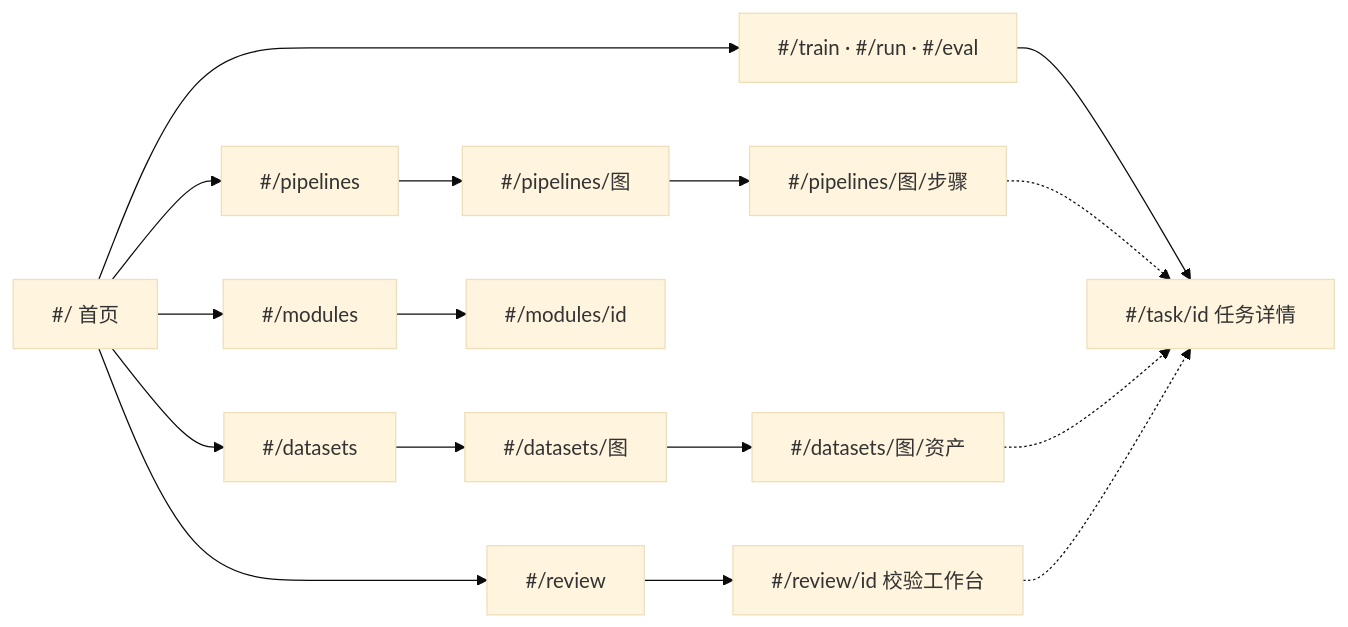
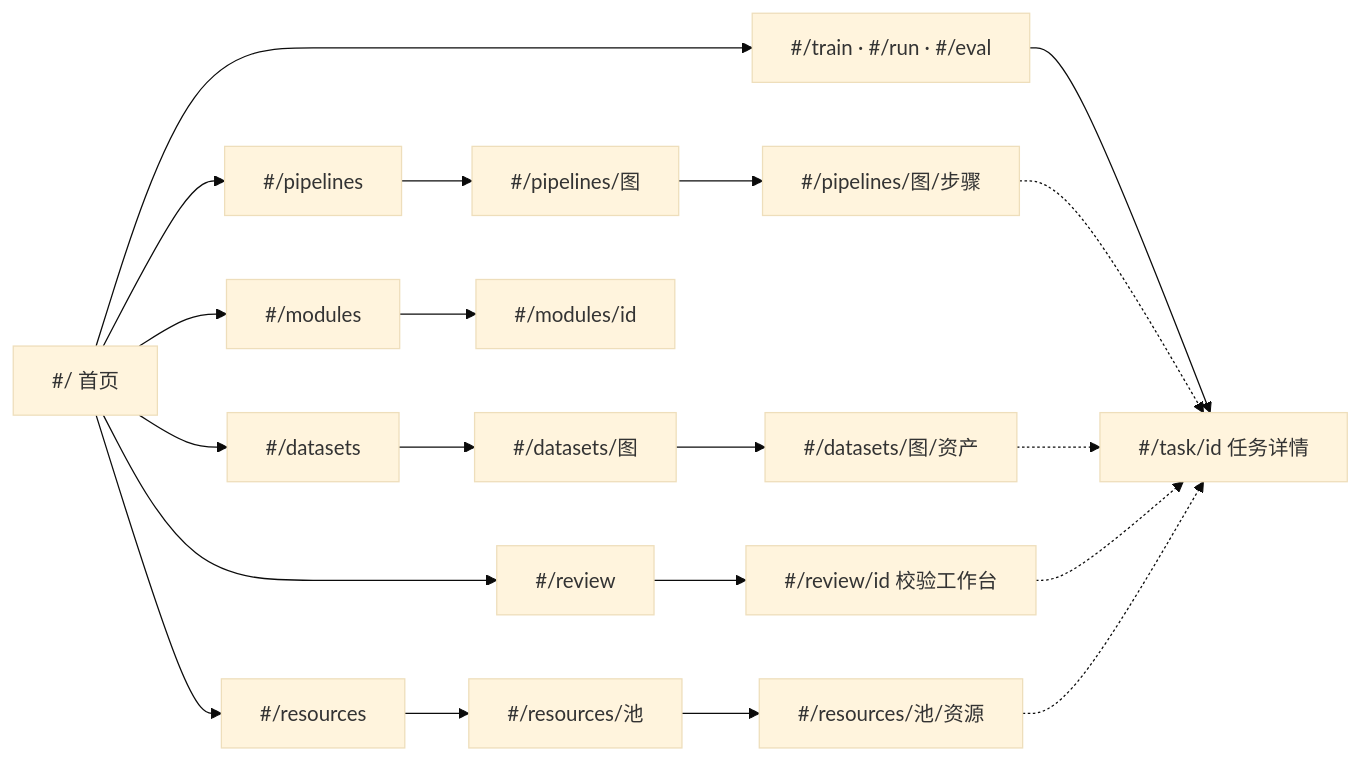
Before and after one commit to StevenHuang233/AI-record: the eighth of 8 diagrams in skills/status-board/SKILL.md, drawn with Mermaid (base theme). The commit also changed other lines of this file and 16 other files, not shown here.

````diff
--- a/skills/status-board/SKILL.md
+++ b/skills/status-board/SKILL.md
@@ -163,12 +184,14 @@
 ```mermaid
 flowchart LR
     H["#/ 首页"] --> T["#/train · #/run · #/eval"]
     T --> TD["#/task/id 任务详情"]
     H --> PL["#/pipelines"] --> PD["#/pipelines/图"] --> PN["#/pipelines/图/步骤"]
     H --> DL["#/datasets"] --> DD["#/datasets/图"] --> DN["#/datasets/图/资产"]
     H --> ML["#/modules"] --> MD["#/modules/id"]
     H --> RL["#/review"] --> RD["#/review/id 校验工作台"]
+    H --> RSL["#/resources"] --> RSP["#/resources/池"] --> RSI["#/resources/池/资源"]
     PN -.-> TD
     DN -.-> TD
     RD -.-> TD
+    RSI -.-> TD
 ```
````
